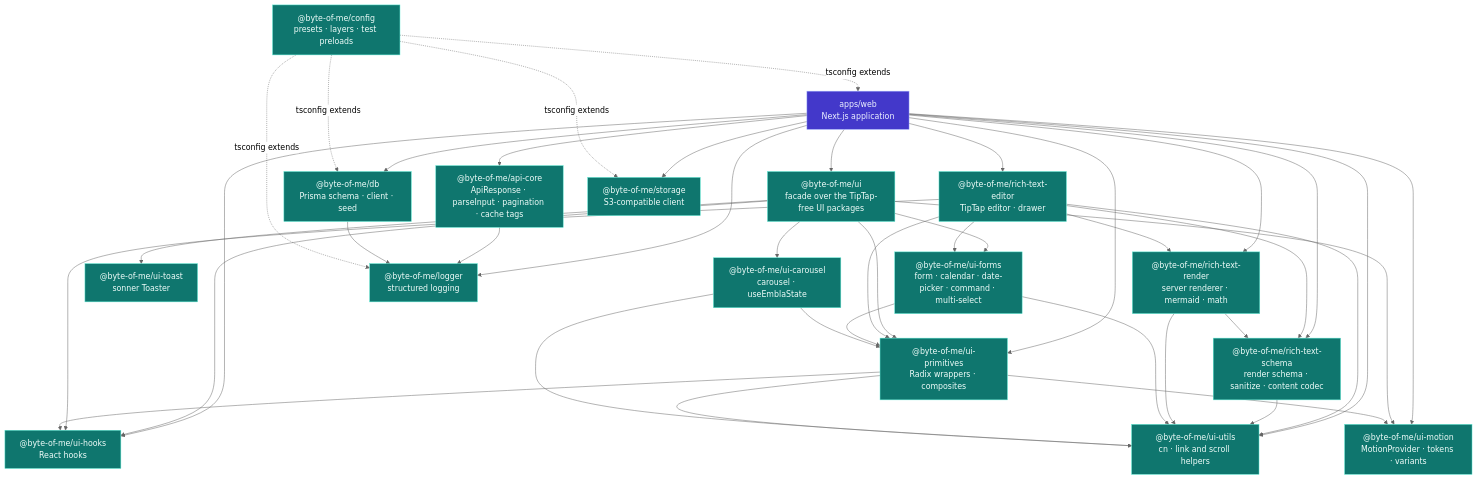
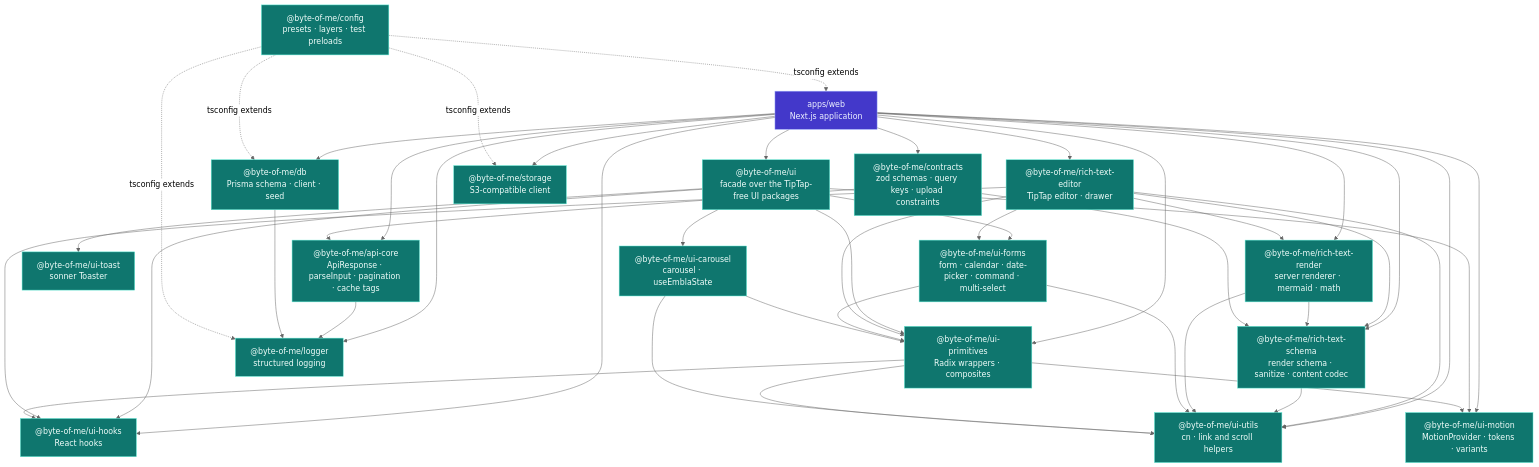
Before and after one commit to lthphuw/byte-of-me: the second of 9 diagrams in docs/architecture.md, drawn with Mermaid (neutral theme). The commit also changed other lines of this file and 236 other files, not shown here.

````diff
--- a/docs/architecture.md
+++ b/docs/architecture.md
@@ -99,69 +99,73 @@
 ```mermaid
 flowchart TB
     WEB["apps/web<br/>Next.js application"]
 
     UI["@byte-of-me/ui<br/>facade over the TipTap-free UI packages"]
     EDITOR["@byte-of-me/rich-text-editor<br/>TipTap editor · drawer"]
     SCHEMA["@byte-of-me/rich-text-schema<br/>render schema · sanitize · content codec"]
     RENDER["@byte-of-me/rich-text-render<br/>server renderer · mermaid · math"]
     UTILS["@byte-of-me/ui-utils<br/>cn · link and scroll helpers"]
     HOOKS["@byte-of-me/ui-hooks<br/>React hooks"]
     MOTION["@byte-of-me/ui-motion<br/>MotionProvider · tokens · variants"]
     PRIMS["@byte-of-me/ui-primitives<br/>Radix wrappers · composites"]
     TOAST["@byte-of-me/ui-toast<br/>sonner Toaster"]
     FORMS["@byte-of-me/ui-forms<br/>form · calendar · date-picker · command · multi-select"]
     CAROUSEL["@byte-of-me/ui-carousel<br/>carousel · useEmblaState"]
     API["@byte-of-me/api-core<br/>ApiResponse · parseInput · pagination · cache tags"]
+    CONTRACTS["@byte-of-me/contracts<br/>zod schemas · query keys · upload constraints"]
     DB["@byte-of-me/db<br/>Prisma schema · client · seed"]
     ST["@byte-of-me/storage<br/>S3-compatible client"]
     LOG["@byte-of-me/logger<br/>structured logging"]
     CFG["@byte-of-me/config<br/>presets · layers · test preloads"]
 
     WEB --> UI
     WEB --> EDITOR
     WEB --> SCHEMA
     WEB --> RENDER
     WEB --> UTILS
     WEB --> HOOKS
     WEB --> MOTION
     WEB --> PRIMS
     WEB --> API
+    WEB --> CONTRACTS
     WEB --> DB
     WEB --> ST
     WEB --> LOG
     UI --> HOOKS
     UI --> MOTION
     UI --> PRIMS
     UI --> TOAST
     UI --> FORMS
     UI --> CAROUSEL
     EDITOR --> SCHEMA
     EDITOR --> RENDER
     EDITOR --> UTILS
     EDITOR --> HOOKS
     EDITOR --> PRIMS
     EDITOR --> FORMS
     SCHEMA --> UTILS
     RENDER --> SCHEMA
     RENDER --> UTILS
     FORMS --> PRIMS
     FORMS --> UTILS
     CAROUSEL --> PRIMS
     CAROUSEL --> UTILS
     PRIMS --> UTILS
     PRIMS --> HOOKS
     PRIMS --> MOTION
+    CONTRACTS --> API
+    CONTRACTS --> SCHEMA
     API --> LOG
     DB --> LOG
 
     CFG -.->|"tsconfig extends"| WEB
     CFG -.->|"tsconfig extends"| DB
     CFG -.->|"tsconfig extends"| ST
     CFG -.->|"tsconfig extends"| LOG
 
     classDef app fill:#4338ca,stroke:#a5b4fc,color:#eef2ff
     classDef pkg fill:#0f766e,stroke:#5eead4,color:#f0fdfa
 
     class WEB app
-    class UI,EDITOR,SCHEMA,RENDER,UTILS,HOOKS,MOTION,PRIMS,TOAST,FORMS,CAROUSEL,API,DB,ST,LOG,CFG pkg
+    class UI,EDITOR,SCHEMA,RENDER,UTILS,HOOKS,MOTION,PRIMS,TOAST,FORMS,CAROUSEL,API,CONTRACTS,DB,ST,LOG,CFG pkg
 ```
````
